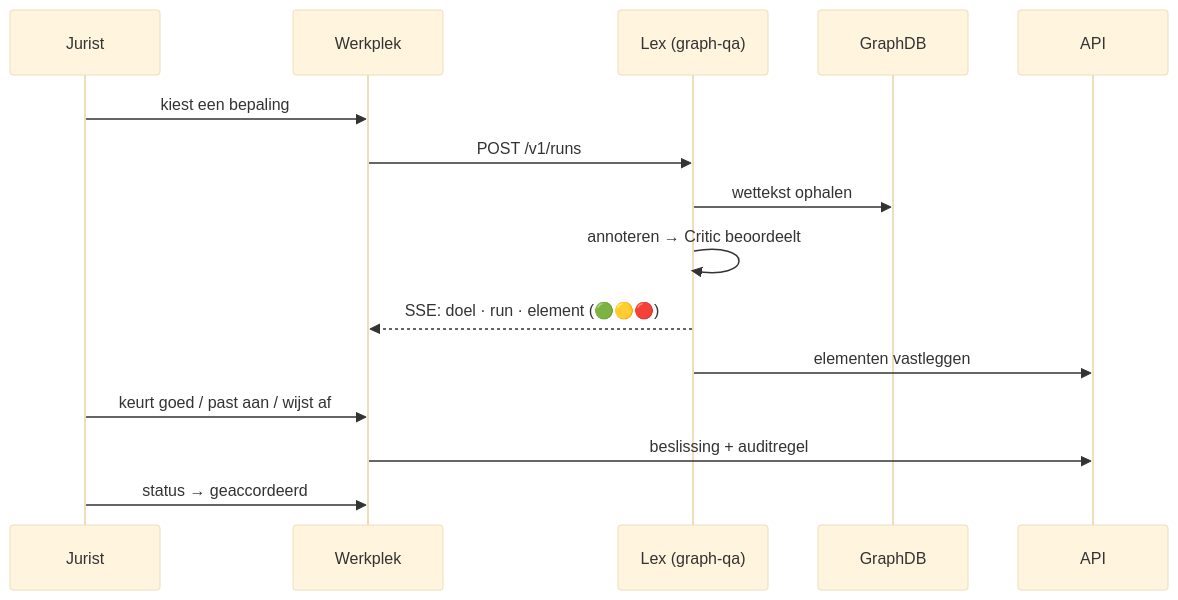
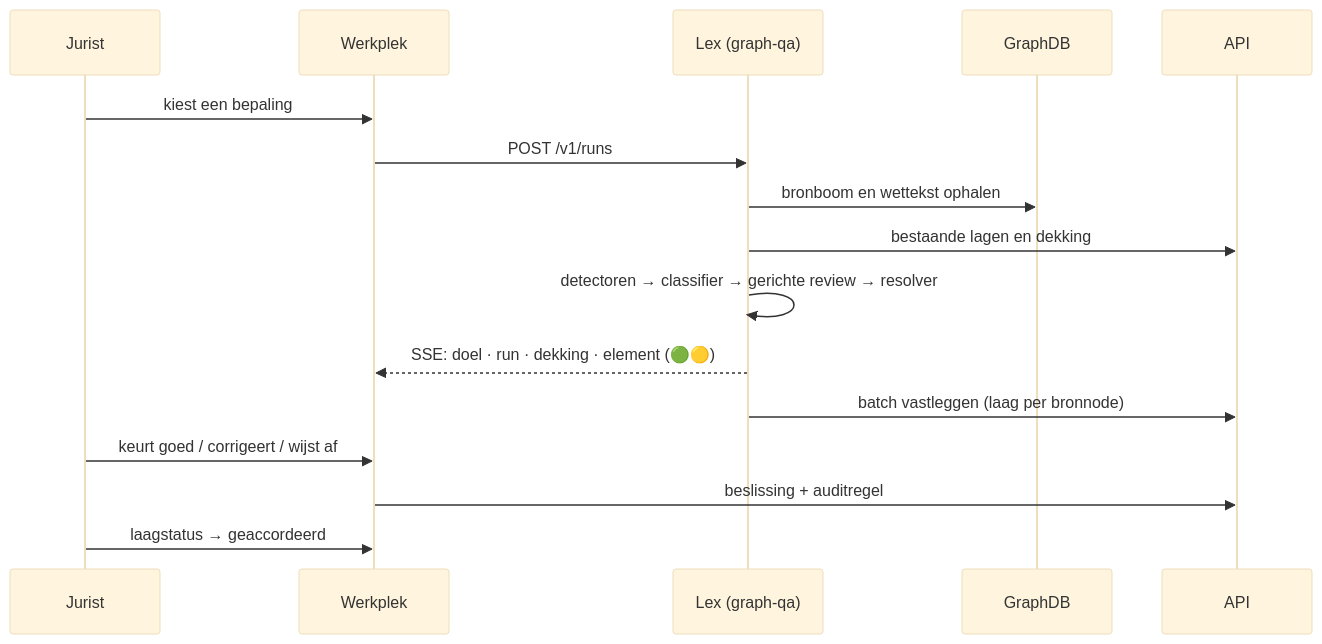
One commit to palmw01/wetsanalyse-ai changed the second of 2 diagrams in README.md. Above: the diagram before and after it, drawn with Mermaid (base theme). The commit also changed other lines of this file and 14 other files, not shown here.

````diff
--- a/README.md
+++ b/README.md
@@ -206,18 +217,19 @@
 ```mermaid
 sequenceDiagram
     participant J as Jurist
     participant W as Werkplek
     participant L as Lex (graph-qa)
     participant G as GraphDB
     participant A as API
 
     J->>W: kiest een bepaling
     W->>L: POST /v1/runs
-    L->>G: wettekst ophalen
-    L->>L: annoteren → Critic beoordeelt
-    L-->>W: SSE: doel · run · element (🟢🟡🔴)
-    L->>A: elementen vastleggen
-    J->>W: keurt goed / past aan / wijst af
+    L->>G: bronboom en wettekst ophalen
+    L->>A: bestaande lagen en dekking
+    L->>L: detectoren → classifier → gerichte review → resolver
+    L-->>W: SSE: doel · run · dekking · element (🟢🟡)
+    L->>A: batch vastleggen (laag per bronnode)
+    J->>W: keurt goed / corrigeert / wijst af
     W->>A: beslissing + auditregel
-    J->>W: status → geaccordeerd
+    J->>W: laagstatus → geaccordeerd
 ```
````
